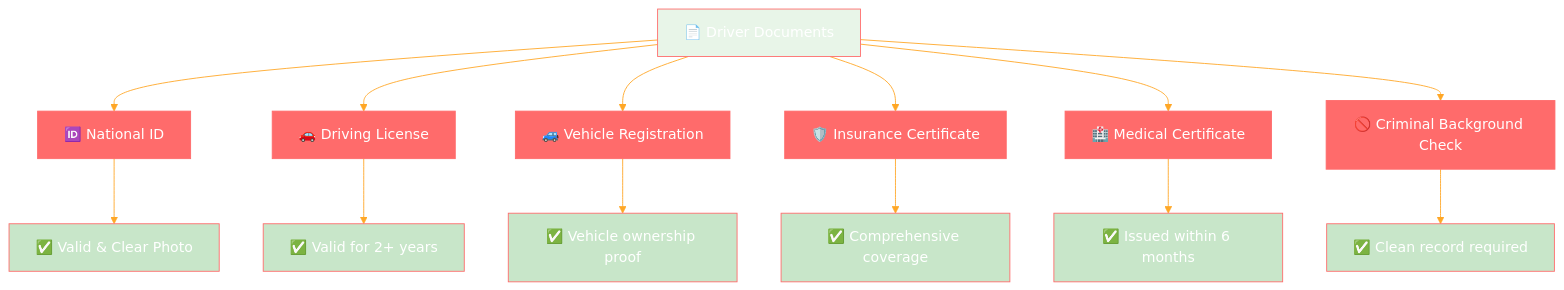
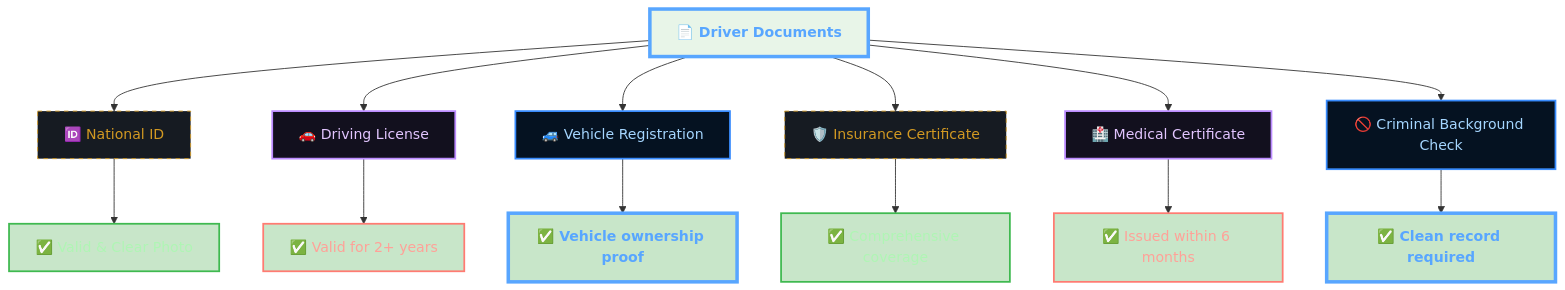
The second of 20 diagrams in docs/user-journeys/driver-flow.md (abdoElHodaky/transportapp), drawn with Mermaid before and after one commit. The commit also changed other lines of this file and 9 other files, not shown here.

````diff
--- a/docs/user-journeys/driver-flow.md
+++ b/docs/user-journeys/driver-flow.md
@@ -66,25 +103,58 @@
 ```mermaid
-%%{init: {'theme':'base', 'themeVariables': {'primaryColor':'#ff6b6b','primaryTextColor':'#fff','primaryBorderColor':'#ff6b6b','lineColor':'#ffa726','sectionBkgColor':'#ff6b6b','altSectionBkgColor':'#fff','gridColor':'#fff','secondaryColor':'#006100','tertiaryColor':'#fff'}}}%%
 graph TB
     A[📄 Driver Documents] --> B[🆔 National ID]
     A --> C[🚗 Driving License]
     A --> D[🚙 Vehicle Registration]
     A --> E[🛡️ Insurance Certificate]
     A --> F[🏥 Medical Certificate]
     A --> G[🚫 Criminal Background Check]
     
     B --> B1[✅ Valid & Clear Photo]
     C --> C1[✅ Valid for 2+ years]
     D --> D1[✅ Vehicle ownership proof]
     E --> E1[✅ Comprehensive coverage]
     F --> F1[✅ Issued within 6 months]
     G --> G1[✅ Clean record required]
     
     style A fill:#e8f5e8
     style B1 fill:#c8e6c9
     style C1 fill:#c8e6c9
     style D1 fill:#c8e6c9
     style E1 fill:#c8e6c9
     style F1 fill:#c8e6c9
     style G1 fill:#c8e6c9
+
+    %% --- DARK GRADIENT & GLOW STYLING ---
+    
+    %% Main Dashboard (Neon Cyan/Blue)
+    classDef main fill:#0d1117,stroke:#58a6ff,stroke-width:4px,color:#58a6ff,font-weight:bold;
+    
+    %% Decision Diamond (Gold Glow)
+    classDef decision fill:#161b22,stroke:#d29922,color:#d29922,stroke-dasharray: 5 5;
+    
+    %% Revenue (Emerald Gradient Style)
+    classDef revNode fill:#04190b,stroke:#3fb950,color:#aff5b4,stroke-width:2px;
+    
+    %% Commission (Purple Gradient Style)
+    classDef commNode fill:#12101e,stroke:#bc8cff,color:#e2c5ff,stroke-width:2px;
+    
+    %% Refund (Ruby Gradient Style)
+    classDef refNode fill:#1a0b0b,stroke:#ff7b72,color:#ffa198,stroke-width:2px;
+    
+    %% Earnings (Sapphire Gradient Style)
+    classDef earnNode fill:#051221,stroke:#388bfd,color:#a5d6ff,stroke-width:2px;
+
+    class A main;
+    class B decision;
+    class B1 revNode;
+    class C commNode;
+    class C1 refNode;
+    class D earnNode;
+    class D1 main;
+    class E decision;
+    class E1 revNode;
+    class F commNode;
+    class F1 refNode;
+    class G earnNode;
+    class G1 main;
 ```
````
